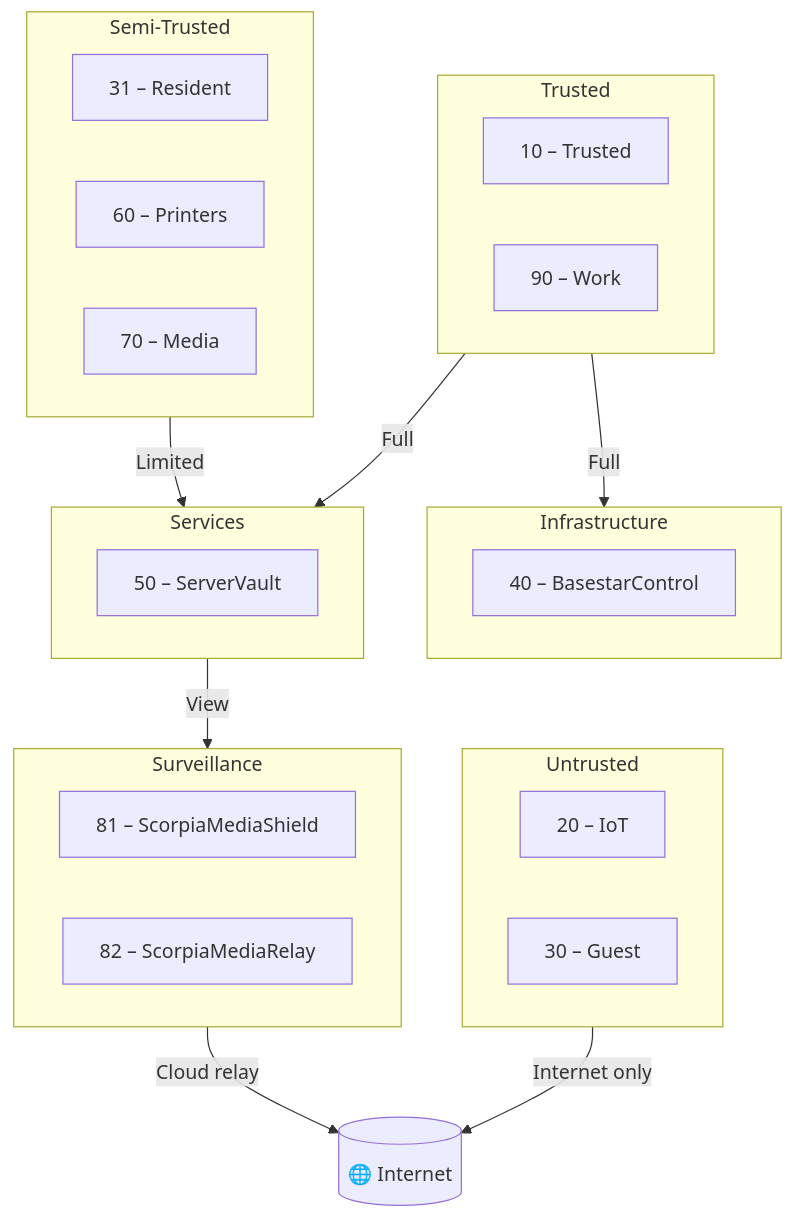
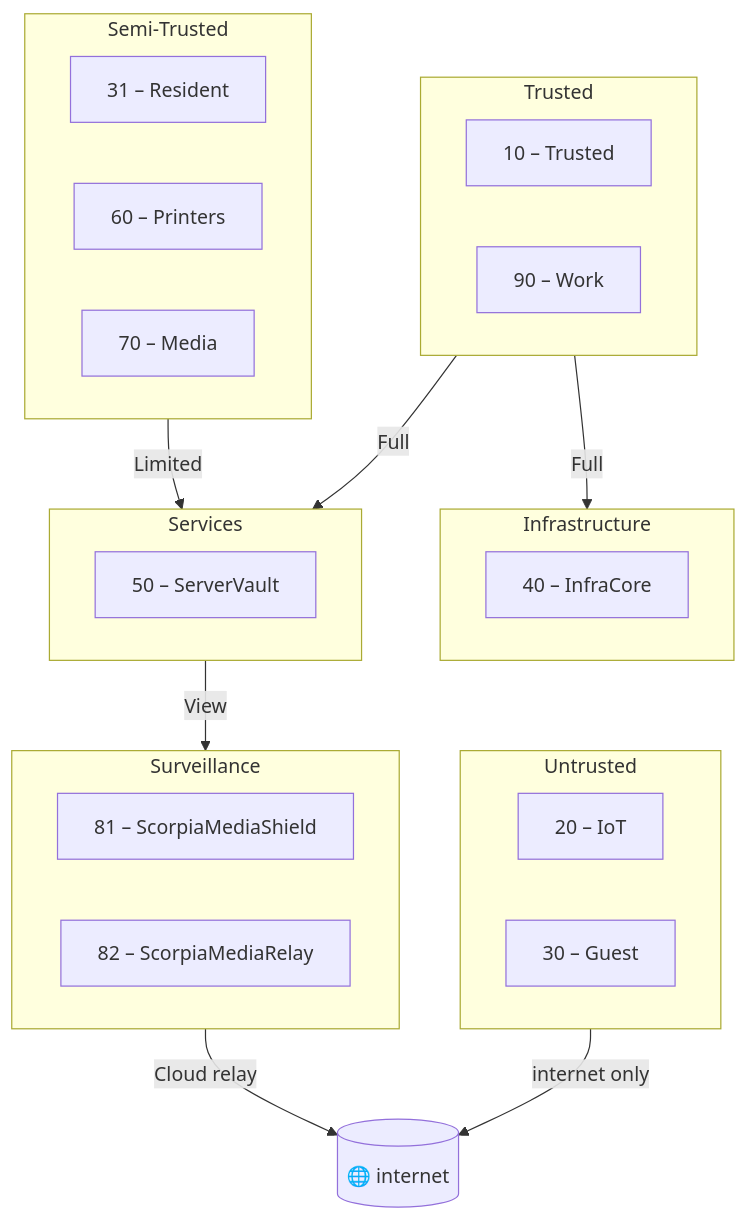
Before and after one commit to th3Wheel/Battlestar-Ventana-Network-Blueprint: the diagram in docs/Project_Architecture_Blueprint.md, drawn with Mermaid. The commit also changed other lines of this file and 447 other files, not shown here.

````diff
--- a/docs/Project_Architecture_Blueprint.md
+++ b/docs/Project_Architecture_Blueprint.md
@@ -68,35 +68,35 @@
 ```mermaid
 flowchart TB
   subgraph Trusted[Trusted]
     V10[10 – Trusted]
     V90[90 – Work]
   end
   subgraph SemiTrusted[Semi‑Trusted]
     V31[31 – Resident]
     V60[60 – Printers]
     V70[70 – Media]
   end
   subgraph Untrusted[Untrusted]
     V20[20 – IoT]
     V30[30 – Guest]
   end
   subgraph Services[Services]
     V50[50 – ServerVault]
   end
   subgraph Infra[Infrastructure]
-    V40[40 – BasestarControl]
+    V40[40 – InfraCore]
   end
   subgraph Surveillance[Surveillance]
     V81[81 – ScorpiaMediaShield]
     V82[82 – ScorpiaMediaRelay]
   end
 
-  Internet[(🌐 Internet)]
+  internet[(🌐 internet)]
 
-  Untrusted -- Internet only --> Internet
+  Untrusted -- internet only --> internet
   SemiTrusted -- Limited --> Services
   Trusted -- Full --> Services
   Trusted -- Full --> Infra
   Services -- View --> Surveillance
-  Surveillance -- Cloud relay --> Internet
+  Surveillance -- Cloud relay --> internet
 ```
````
